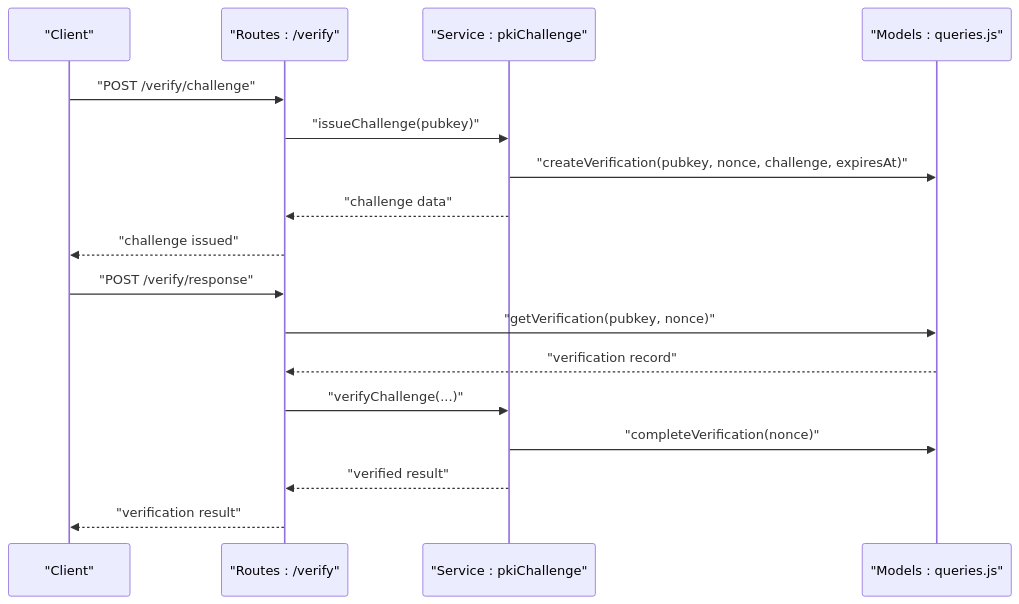
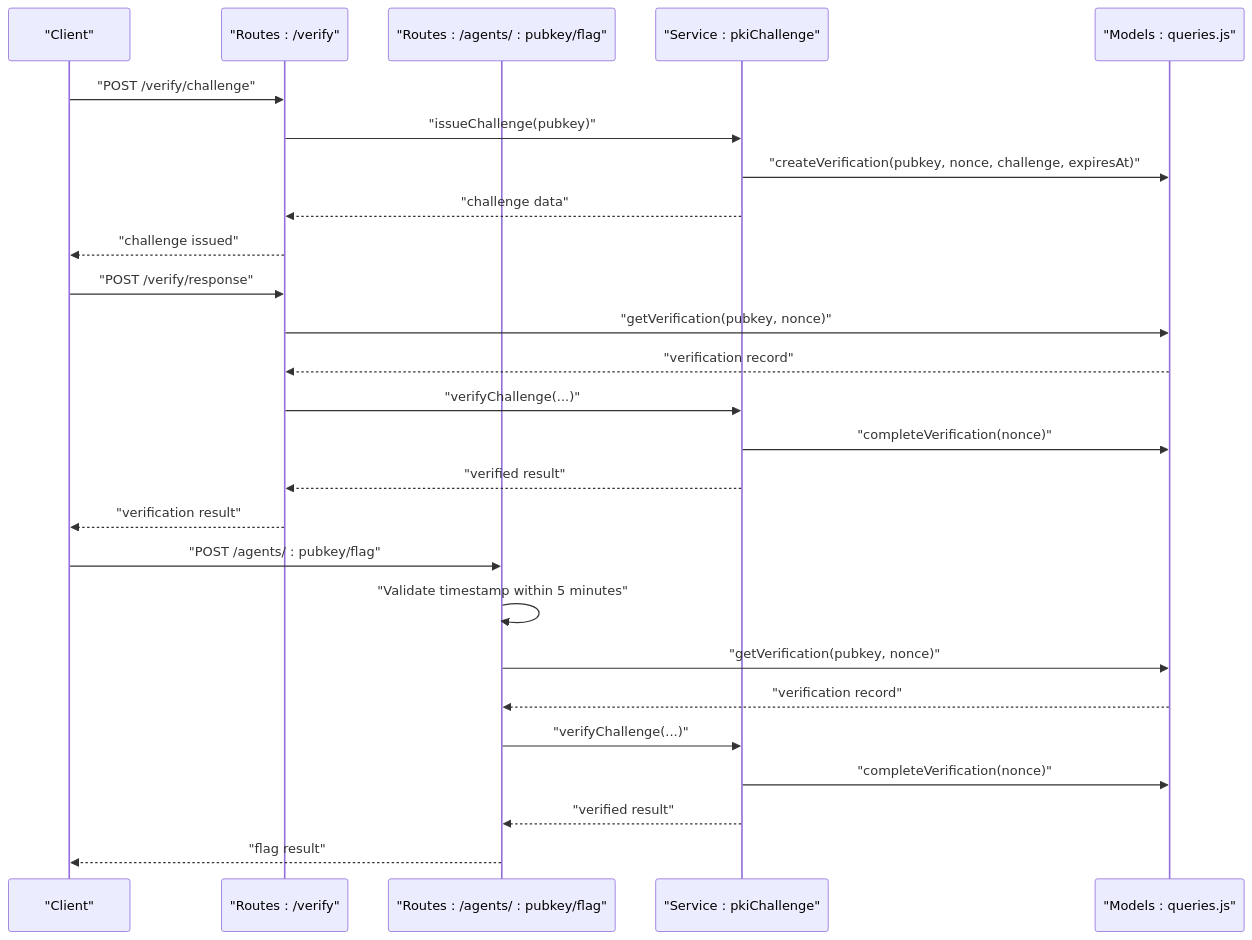
Before and after one commit to RunTimeAdmin/AgentID: the fourth of 9 diagrams in .qoder/repowiki/en/content/Security Implementation.md, drawn with Mermaid. The commit also changed other lines of this file and 17 other files, not shown here.

````diff
--- a/.qoder/repowiki/en/content/Security Implementation.md
+++ b/.qoder/repowiki/en/content/Security Implementation.md
@@ -215,19 +285,28 @@
 ```mermaid
 sequenceDiagram
 participant Client as "Client"
 participant VerifyRoute as "Routes : /verify"
+participant AttestationsRoute as "Routes : /agents/ : pubkey/flag"
 participant PKIService as "Service : pkiChallenge"
 participant DB as "Models : queries.js"
 Client->>VerifyRoute : "POST /verify/challenge"
 VerifyRoute->>PKIService : "issueChallenge(pubkey)"
 PKIService->>DB : "createVerification(pubkey, nonce, challenge, expiresAt)"
 PKIService-->>VerifyRoute : "challenge data"
 VerifyRoute-->>Client : "challenge issued"
 Client->>VerifyRoute : "POST /verify/response"
 VerifyRoute->>DB : "getVerification(pubkey, nonce)"
 DB-->>VerifyRoute : "verification record"
 VerifyRoute->>PKIService : "verifyChallenge(...)"
 PKIService->>DB : "completeVerification(nonce)"
 PKIService-->>VerifyRoute : "verified result"
 VerifyRoute-->>Client : "verification result"
+Client->>AttestationsRoute : "POST /agents/ : pubkey/flag"
+AttestationsRoute->>AttestationsRoute : "Validate timestamp within 5 minutes"
+AttestationsRoute->>DB : "getVerification(pubkey, nonce)"
+DB-->>AttestationsRoute : "verification record"
+AttestationsRoute->>PKIService : "verifyChallenge(...)"
+PKIService->>DB : "completeVerification(nonce)"
+PKIService-->>AttestationsRoute : "verified result"
+AttestationsRoute-->>Client : "flag result"
 ```
````
